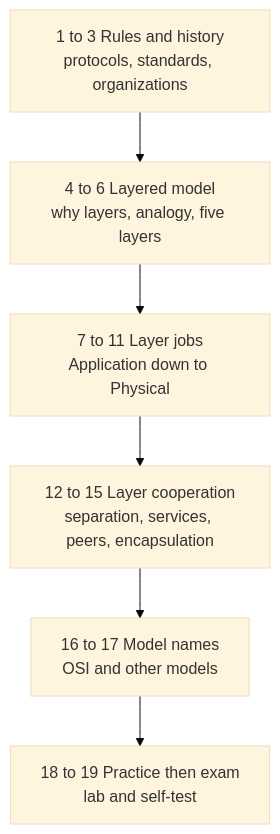
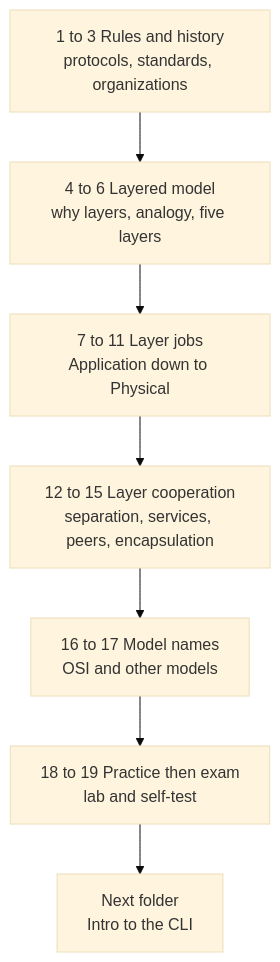
The first of 2 diagrams in 03 TCP IP/TCP IP.md (Jian165/CCNA-Reviewer), drawn with Mermaid (base theme) before and after one commit. The commit also changed other lines of this file and 39 other files, not shown here.

Commit message:
Done Intro to cli

````diff
--- a/03 TCP IP/TCP IP.md
+++ b/03 TCP IP/TCP IP.md
@@ -47,8 +47,9 @@
 ```mermaid
 flowchart TD
     A[1 to 3 Rules and history<br/>protocols, standards, organizations] --> B[4 to 6 Layered model<br/>why layers, analogy, five layers]
     B --> C[7 to 11 Layer jobs<br/>Application down to Physical]
     C --> D[12 to 15 Layer cooperation<br/>separation, services, peers, encapsulation]
     D --> E[16 to 17 Model names<br/>OSI and other models]
     E --> F[18 to 19 Practice then exam<br/>lab and self-test]
+    F --> G[Next folder<br/>Intro to the CLI]
 ```
````
